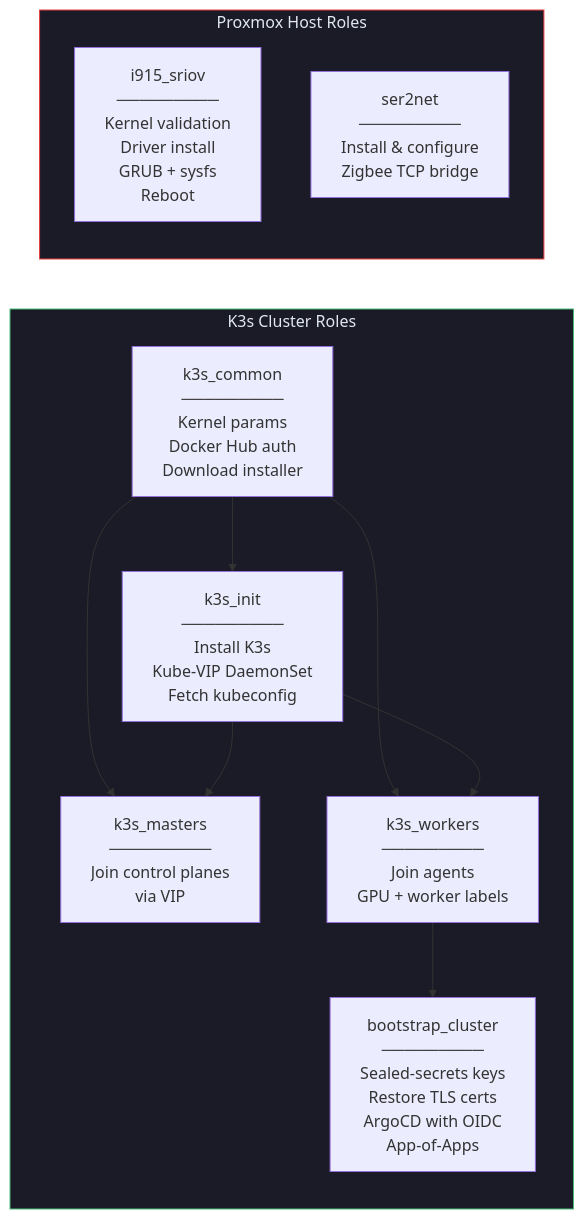
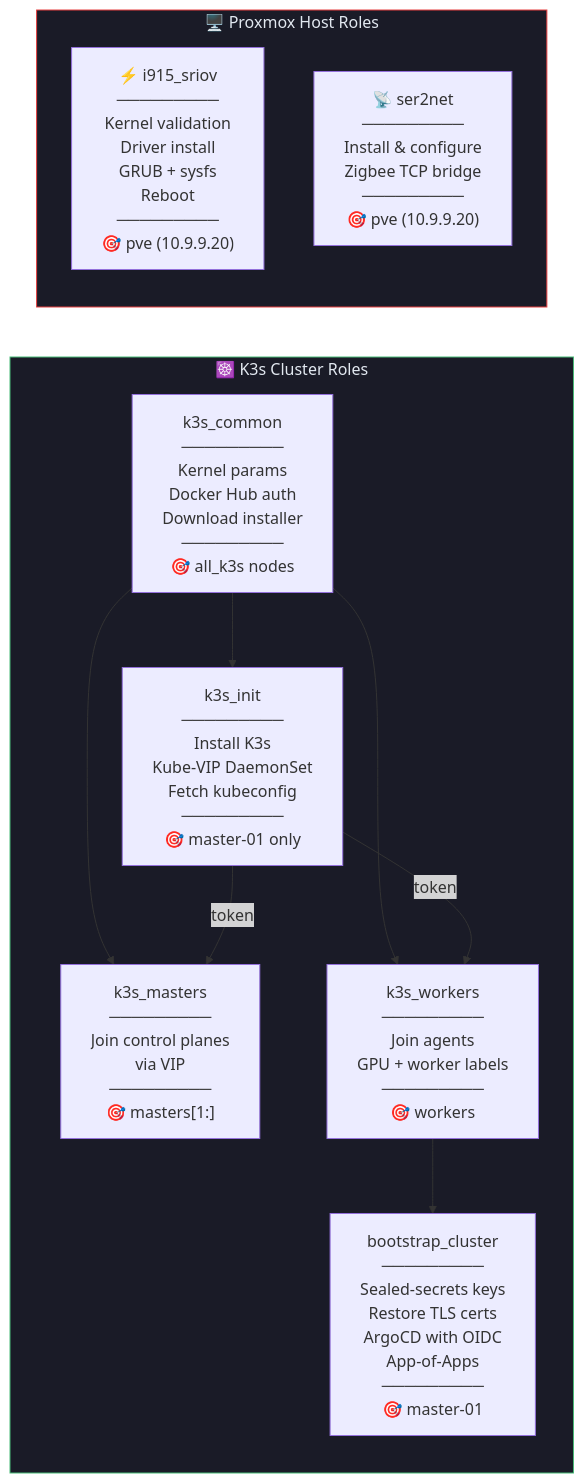
Before and after one commit to Starktastic-Homelab/ansible: the sixth of 8 diagrams in README.md, drawn with Mermaid. The commit also changed other lines of this file, not shown here.

Commit message:
docs: upgrade Mermaid diagrams with emojis, new diagram types, and additional flows

````diff
--- a/README.md
+++ b/README.md
@@ -149,25 +242,25 @@
 ```mermaid
 flowchart LR
-    subgraph k3s["K3s Cluster Roles"]
-        Common["k3s_common\n─────────\nKernel params\nDocker Hub auth\nDownload installer"]
-        Init["k3s_init\n─────────\nInstall K3s\nKube-VIP DaemonSet\nFetch kubeconfig"]
-        Masters["k3s_masters\n─────────\nJoin control planes\nvia VIP"]
-        Workers["k3s_workers\n─────────\nJoin agents\nGPU + worker labels"]
-        Bootstrap["bootstrap_cluster\n─────────\nSealed-secrets keys\nRestore TLS certs\nArgoCD with OIDC\nApp-of-Apps"]
+    subgraph k3s["☸️ K3s Cluster Roles"]
+        Common["k3s_common\n─────────\nKernel params\nDocker Hub auth\nDownload installer\n─────────\n🎯 all_k3s nodes"]
+        Init["k3s_init\n─────────\nInstall K3s\nKube-VIP DaemonSet\nFetch kubeconfig\n─────────\n🎯 master-01 only"]
+        Masters["k3s_masters\n─────────\nJoin control planes\nvia VIP\n─────────\n🎯 masters[1:]"]
+        Workers["k3s_workers\n─────────\nJoin agents\nGPU + worker labels\n─────────\n🎯 workers"]
+        Bootstrap["bootstrap_cluster\n─────────\nSealed-secrets keys\nRestore TLS certs\nArgoCD with OIDC\nApp-of-Apps\n─────────\n🎯 master-01"]
     end
 
-    subgraph host["Proxmox Host Roles"]
-        SRIOV["i915_sriov\n─────────\nKernel validation\nDriver install\nGRUB + sysfs\nReboot"]
-        Ser2net["ser2net\n─────────\nInstall & configure\nZigbee TCP bridge"]
+    subgraph host["🖥️ Proxmox Host Roles"]
+        SRIOV["⚡ i915_sriov\n─────────\nKernel validation\nDriver install\nGRUB + sysfs\nReboot\n─────────\n🎯 pve (10.9.9.20)"]
+        Ser2net["📡 ser2net\n─────────\nInstall & configure\nZigbee TCP bridge\n─────────\n🎯 pve (10.9.9.20)"]
     end
 
     Common --> Init
     Common --> Masters
     Common --> Workers
-    Init --> Masters
-    Init --> Workers
+    Init -- "token" --> Masters
+    Init -- "token" --> Workers
     Workers --> Bootstrap
 
     style k3s fill:#1a1b27,stroke:#48bb78,color:#e2e8f0
     style host fill:#1a1b27,stroke:#e53e3e,color:#e2e8f0
 ```
````
